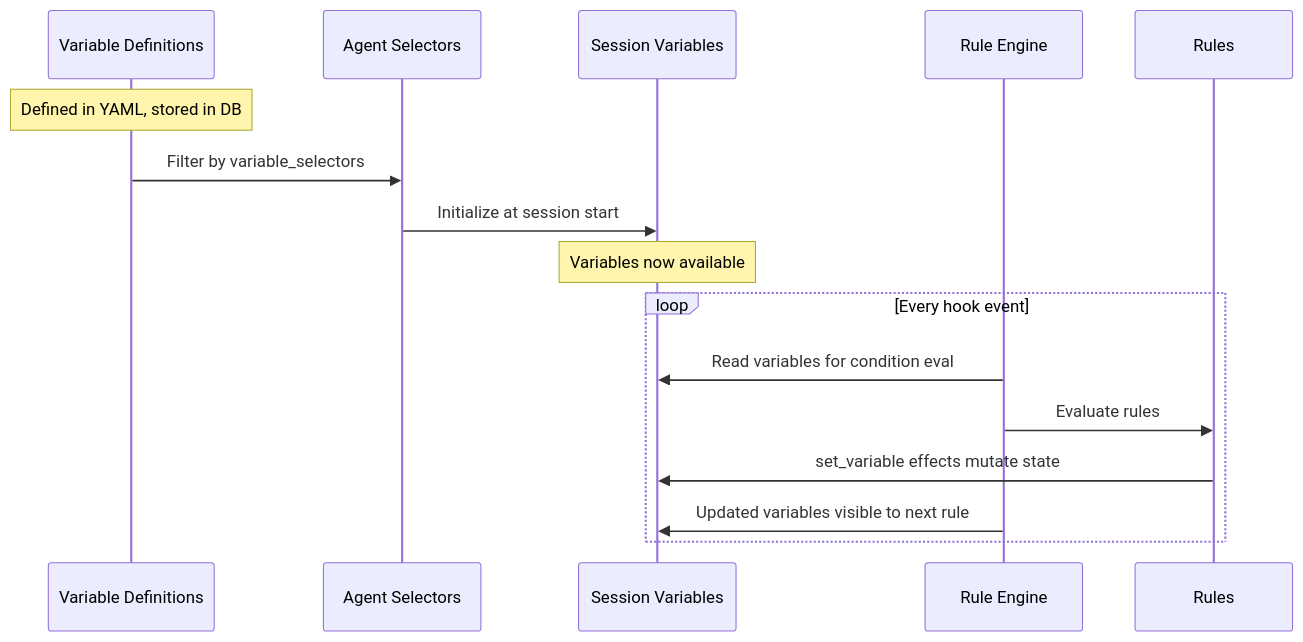
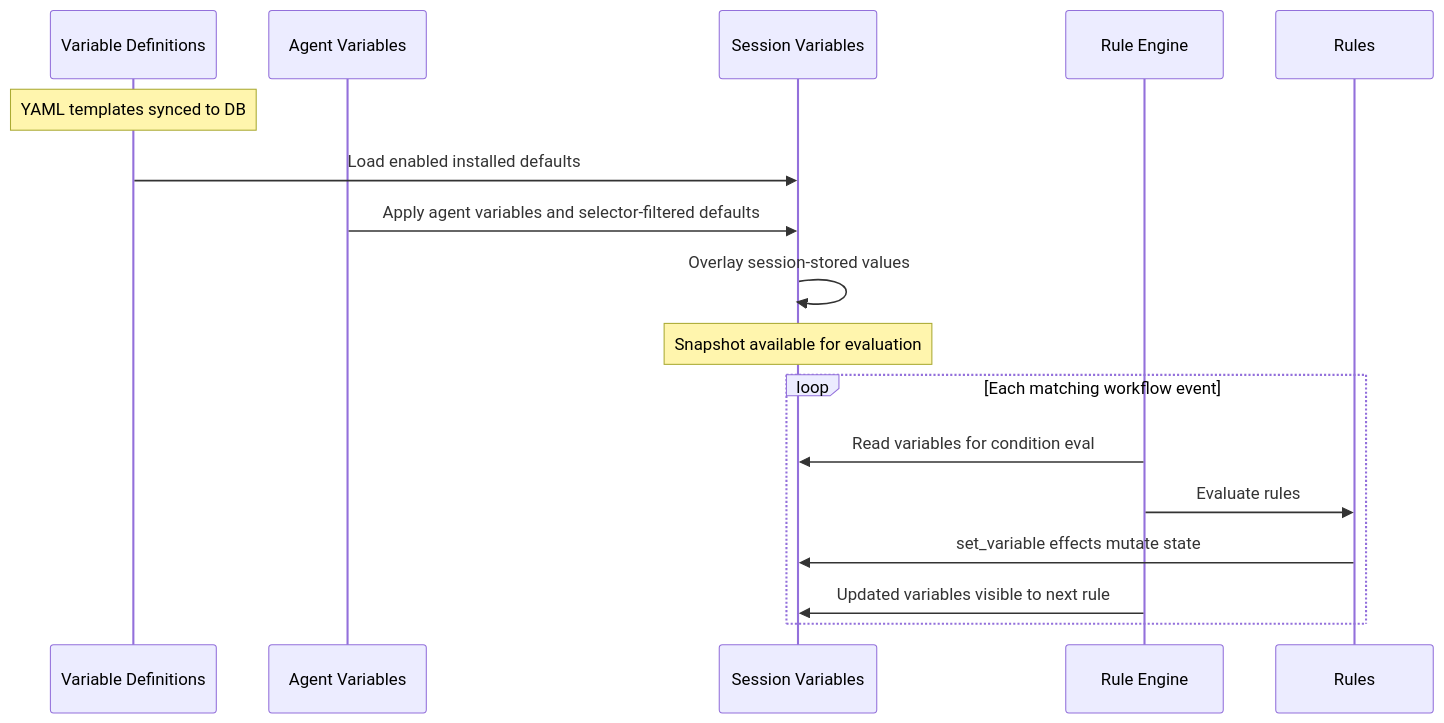
The diagram in docs/guides/variables.md (GobbyAI/gobby), drawn with Mermaid before and after one commit. The commit also changed other lines of this file, not shown here.

Commit message:
[gobby-#14393] docs: refresh variables guide

````diff
--- a/docs/guides/variables.md
+++ b/docs/guides/variables.md
@@ -13,20 +18,21 @@
 ```mermaid
 sequenceDiagram
-    participant SD as Variable Definitions
-    participant AS as Agent Selectors
+    participant VD as Variable Definitions
+    participant AV as Agent Variables
     participant SV as Session Variables
     participant RE as Rule Engine
     participant R as Rules
 
-    Note over SD: Defined in YAML, stored in DB
-    SD->>AS: Filter by variable_selectors
-    AS->>SV: Initialize at session start
-    Note over SV: Variables now available
+    Note over VD: YAML templates synced to DB
+    VD->>SV: Load enabled installed defaults
+    AV->>SV: Apply agent variables and selector-filtered defaults
+    SV->>SV: Overlay session-stored values
+    Note over SV: Snapshot available for evaluation
 
-    loop Every hook event
+    loop Each matching workflow event
         RE->>SV: Read variables for condition eval
         RE->>R: Evaluate rules
         R->>SV: set_variable effects mutate state
         RE->>SV: Updated variables visible to next rule
     end
 ```
````
